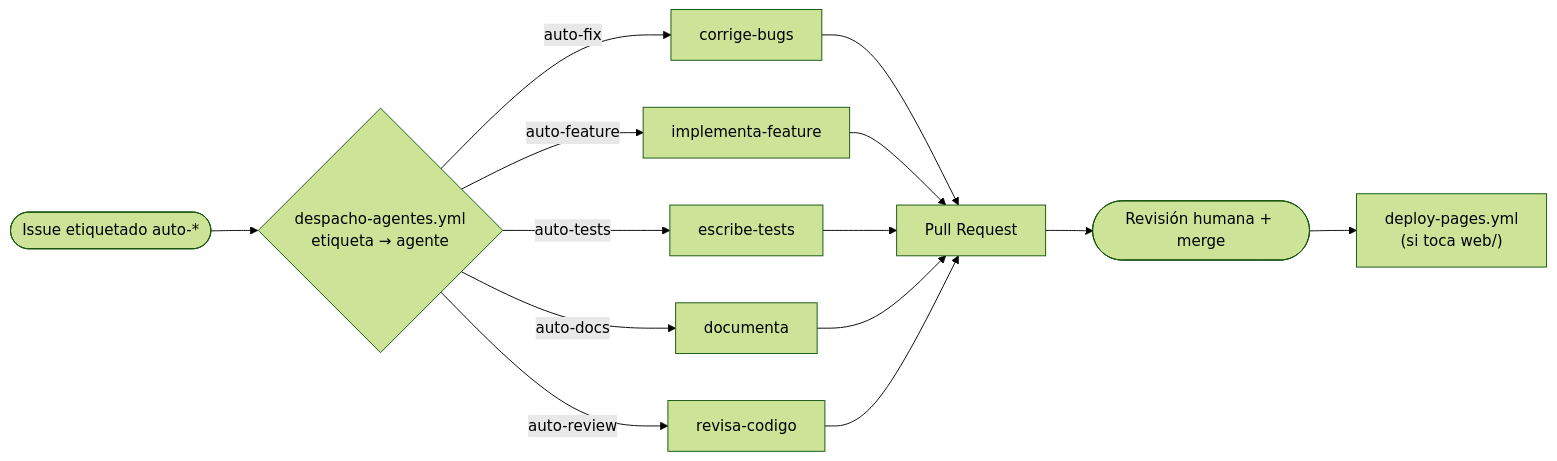
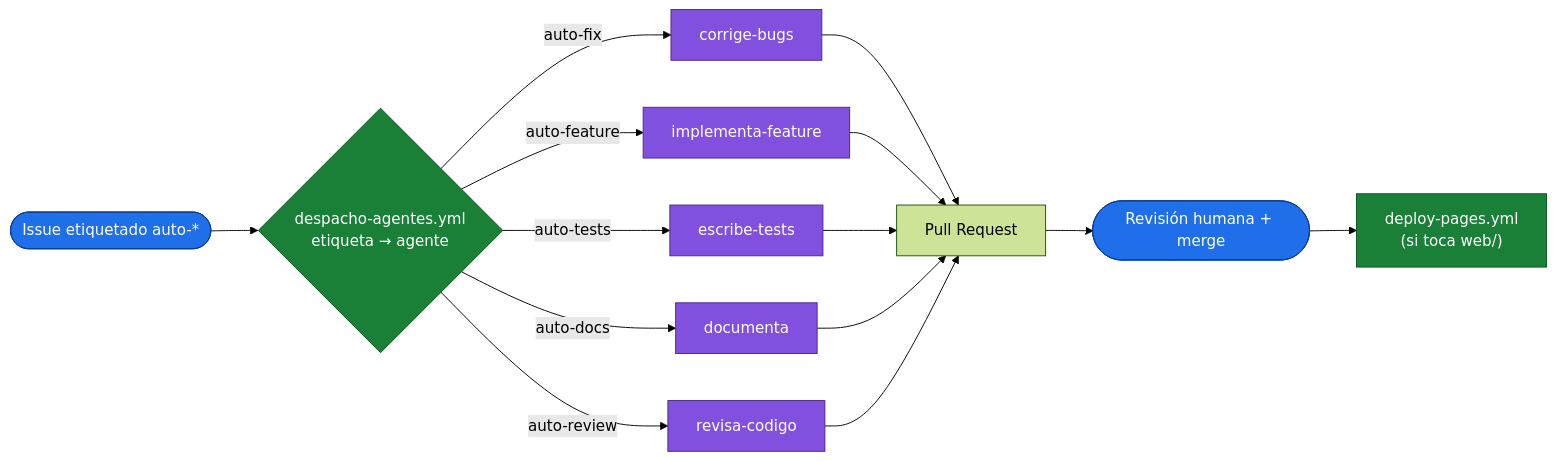
The diagram in ARQUITECTURA.md (vmfernandezg/poc-agentes-github), drawn with Mermaid (forest theme) before and after one commit. The commit also changed other lines of this file and 1 other file, not shown here.

Commit message:
docs: mejorar contraste y legibilidad de los diagramas Mermaid + leyenda

````diff
--- a/ARQUITECTURA.md
+++ b/ARQUITECTURA.md
@@ -24,15 +24,18 @@
 ```mermaid
 flowchart LR
-    I([Issue etiquetado auto-*]) --> D{"despacho-agentes.yml<br/>etiqueta → agente"}
-    D -->|auto-fix| A1[corrige-bugs]
-    D -->|auto-feature| A2[implementa-feature]
-    D -->|auto-tests| A3[escribe-tests]
-    D -->|auto-docs| A4[documenta]
-    D -->|auto-review| A5[revisa-codigo]
+    I([Issue etiquetado auto-*]):::humano --> D{"despacho-agentes.yml<br/>etiqueta → agente"}:::yaml
+    D -->|auto-fix| A1[corrige-bugs]:::ia
+    D -->|auto-feature| A2[implementa-feature]:::ia
+    D -->|auto-tests| A3[escribe-tests]:::ia
+    D -->|auto-docs| A4[documenta]:::ia
+    D -->|auto-review| A5[revisa-codigo]:::ia
     A1 --> PR[Pull Request]
     A2 --> PR
     A3 --> PR
     A4 --> PR
     A5 --> PR
-    PR --> M([Revisión humana + merge]) --> DP["deploy-pages.yml<br/>(si toca web/)"]
+    PR --> M([Revisión humana + merge]):::humano --> DP["deploy-pages.yml<br/>(si toca web/)"]:::yaml
+    classDef humano fill:#1f6feb,stroke:#0b3d91,color:#ffffff
+    classDef yaml fill:#1a7f37,stroke:#0b5323,color:#ffffff
+    classDef ia fill:#8250df,stroke:#4c2889,color:#ffffff
 ```
````
